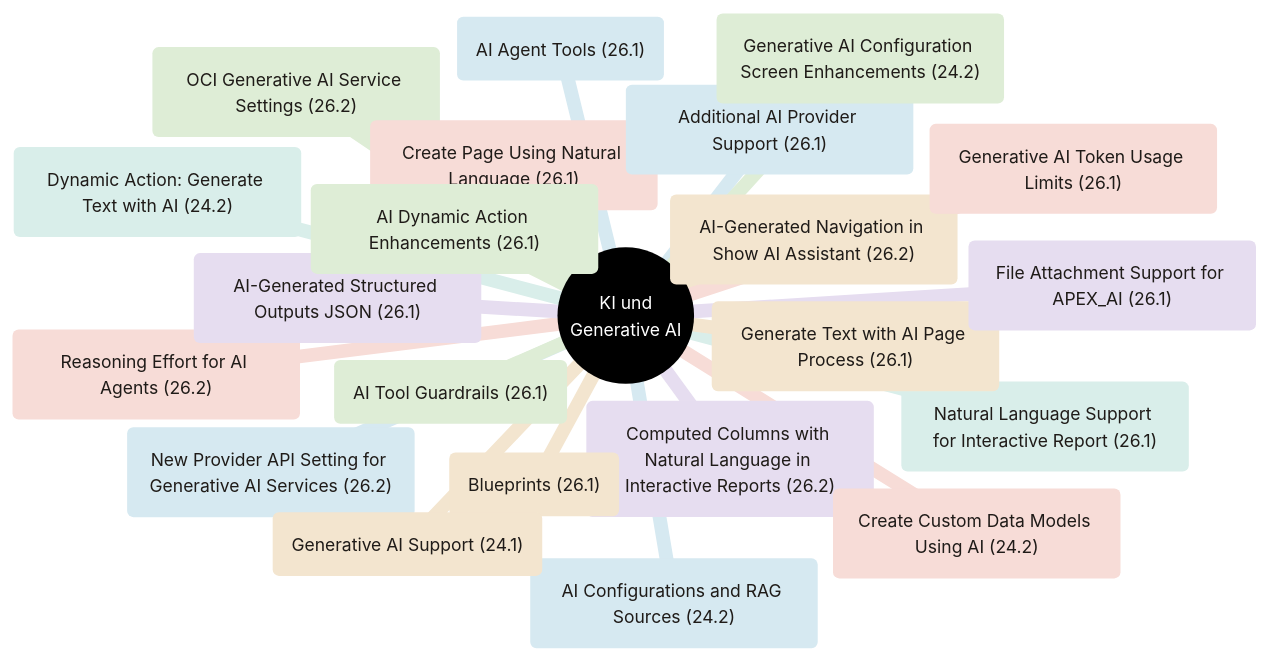
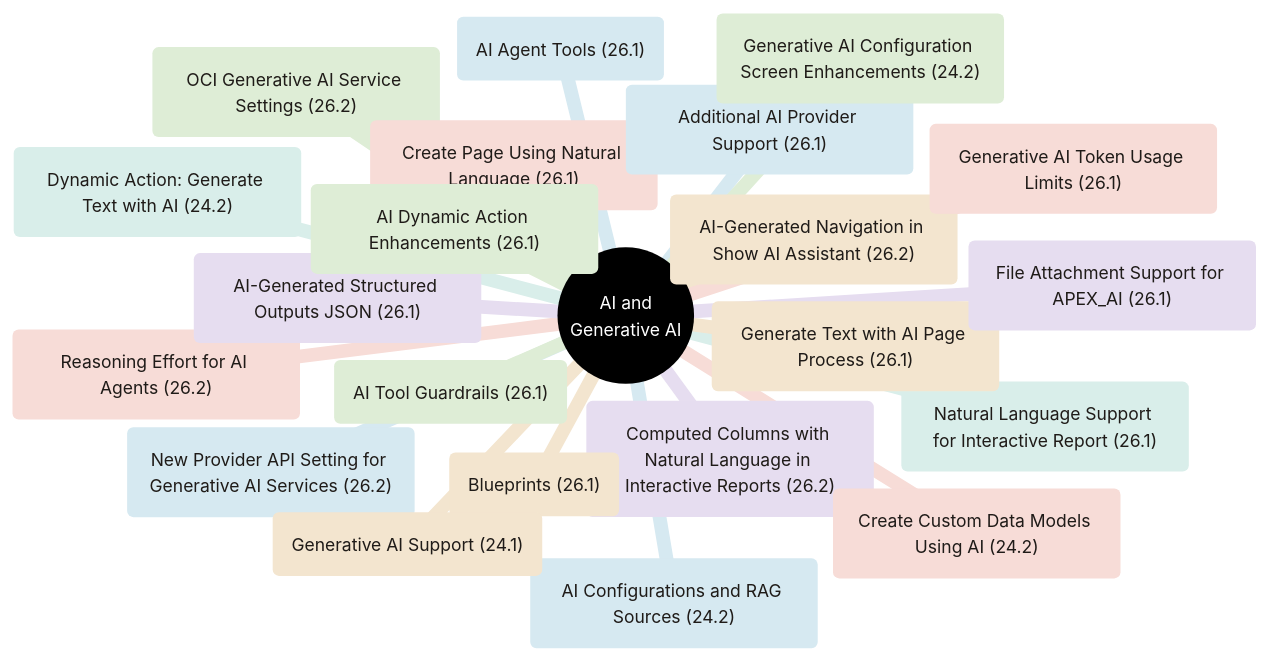
The first of 2 diagrams in ki-features.md (Nafets-Rezlop/apxnfo), drawn with Mermaid before and after one commit. The commit also changed other lines of this file and 3 other files, not shown here.

````diff
--- a/ki-features.md
+++ b/ki-features.md
@@ -7,58 +7,58 @@
 ```mermaid
 ---
 config:
   theme: base
   themeVariables:
     fontSize: 14px
     primaryColor: "#312D2A"
     primaryTextColor: "#ffffff"
     lineColor: "#C74634"
     cScale0: "#312D2A"
     cScaleLabel0: "#ffffff"
     cScale1: "#F7DCD7"
     cScaleLabel1: "#1F1B18"
     cScale2: "#D6E9F1"
     cScaleLabel2: "#1F1B18"
     cScale3: "#DEEDD6"
     cScaleLabel3: "#1F1B18"
     cScale4: "#F3E5CF"
     cScaleLabel4: "#1F1B18"
     cScale5: "#E6DDF0"
     cScaleLabel5: "#1F1B18"
     cScale6: "#D9EEEA"
     cScaleLabel6: "#1F1B18"
     cScale7: "#F7DCD7"
     cScaleLabel7: "#1F1B18"
     cScale8: "#D6E9F1"
     cScaleLabel8: "#1F1B18"
     cScale9: "#DEEDD6"
     cScaleLabel9: "#1F1B18"
     cScale10: "#F3E5CF"
     cScaleLabel10: "#1F1B18"
     cScale11: "#E6DDF0"
     cScaleLabel11: "#1F1B18"
 ---
 mindmap
-  root(("KI und<br/>Generative AI"))
+  root(("AI and<br/>Generative AI"))
     f1("Reasoning Effort for AI Agents (26.2)")
     f2("New Provider API Setting for Generative AI Services (26.2)")
     f3("OCI Generative AI Service Settings (26.2)")
     f4("AI-Generated Navigation in Show AI Assistant (26.2)")
     f5("Computed Columns with Natural Language in Interactive Reports (26.2)")
     f6("Natural Language Support for Interactive Report (26.1)")
     f7("Create Page Using Natural Language (26.1)")
     f8("AI Agent Tools (26.1)")
     f9("AI Tool Guardrails (26.1)")
     f10("Generate Text with AI Page Process (26.1)")
     f11("AI-Generated Structured Outputs JSON (26.1)")
     f12("Generative AI Token Usage Limits (26.1)")
     f13("Additional AI Provider Support (26.1)")
     f14("AI Dynamic Action Enhancements (26.1)")
     f15("Blueprints (26.1)")
     f16("File Attachment Support for APEX_AI (26.1)")
     f17("Dynamic Action: Generate Text with AI (24.2)")
     f18("Create Custom Data Models Using AI (24.2)")
     f19("AI Configurations and RAG Sources (24.2)")
     f20("Generative AI Configuration Screen Enhancements (24.2)")
     f21("Generative AI Support (24.1)")
 ```
````
